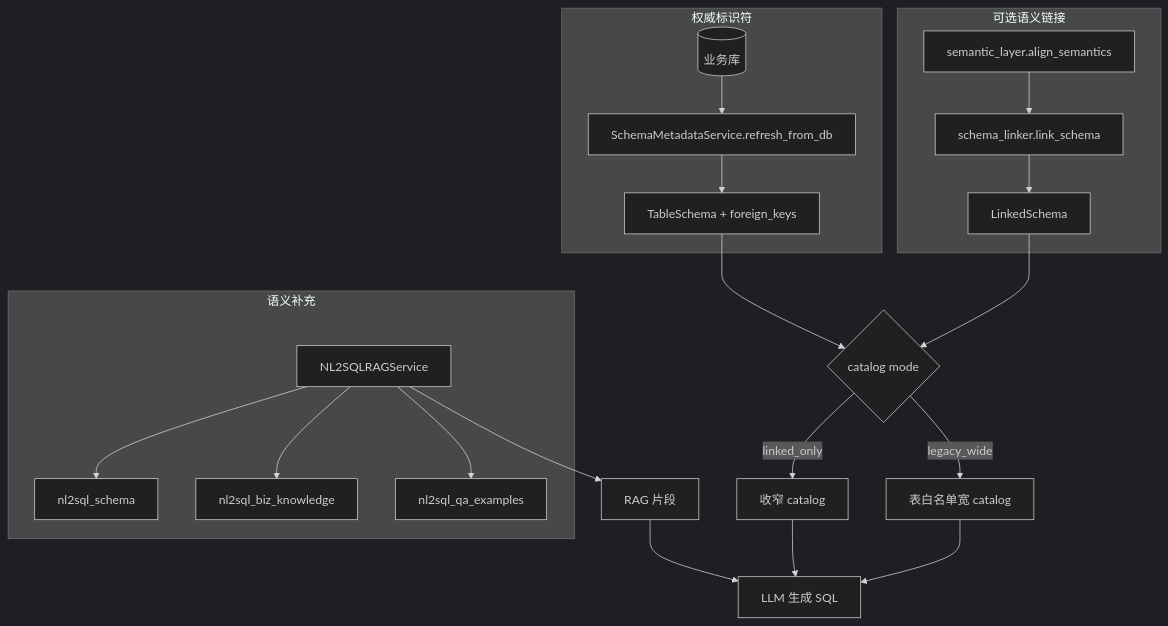
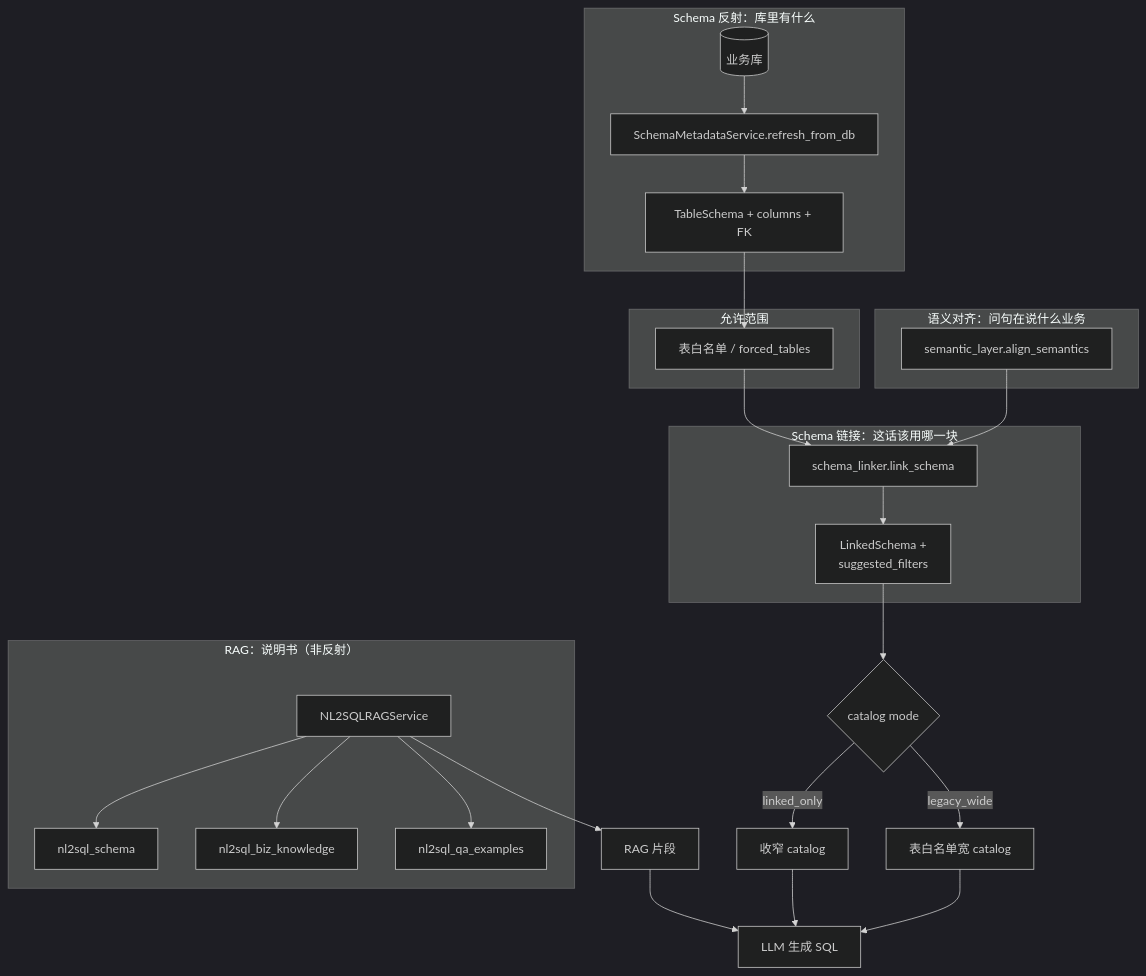
Before and after one commit to gaocf888/models_app_framework: the second of 3 diagrams in enterprise-level_transformation_docs/企业级NL2SQL基座实现方案.md, drawn with Mermaid (dark theme). The commit also changed other lines of this file and 17 other files, not shown here.

````diff
--- a/enterprise-level_transformation_docs/企业级NL2SQL基座实现方案.md
+++ b/enterprise-level_transformation_docs/企业级NL2SQL基座实现方案.md
@@ -559,27 +589,33 @@
 ```mermaid
 flowchart TB
-    subgraph Authoritative["权威标识符"]
+    subgraph Reflect["Schema 反射：库里有什么"]
         DB[(业务库)] --> REF["SchemaMetadataService.refresh_from_db"]
-        REF --> TS["TableSchema + foreign_keys"]
+        REF --> TS["TableSchema + columns + FK"]
     end
-    subgraph Link["可选语义链接"]
+    subgraph Align["语义对齐：问句在说什么业务"]
         SEM["semantic_layer.align_semantics"]
+    end
+    subgraph Scope["允许范围"]
+        AL["表白名单 / forced_tables"]
+        TS --> AL
+    end
+    subgraph Link["Schema 链接：这话该用哪一块"]
         LINK["schema_linker.link_schema"]
         SEM --> LINK
-        LINK --> LS["LinkedSchema"]
+        AL --> LINK
+        LINK --> LS["LinkedSchema +\nsuggested_filters"]
     end
-    subgraph Semantic["语义补充"]
+    subgraph Docs["RAG：说明书（非反射）"]
         RAG["NL2SQLRAGService"]
         RAG --> NS1["nl2sql_schema"]
         RAG --> NS2["nl2sql_biz_knowledge"]
         RAG --> NS3["nl2sql_qa_examples"]
     end
-    TS --> MODE{"catalog mode"}
-    LS --> MODE
+    LS --> MODE{"catalog mode"}
     MODE -->|linked_only| CAT["收窄 catalog"]
     MODE -->|legacy_wide| CATW["表白名单宽 catalog"]
     RAG --> SNIP["RAG 片段"]
     CAT --> LLM["LLM 生成 SQL"]
     CATW --> LLM
     SNIP --> LLM
 ```
````
